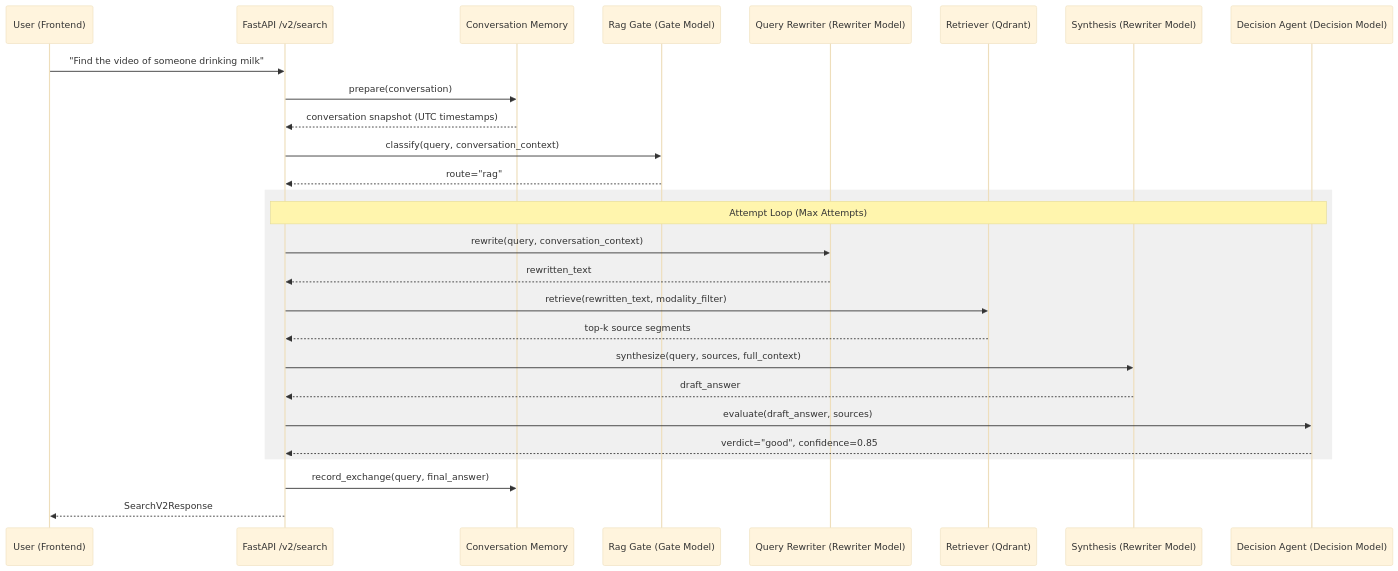
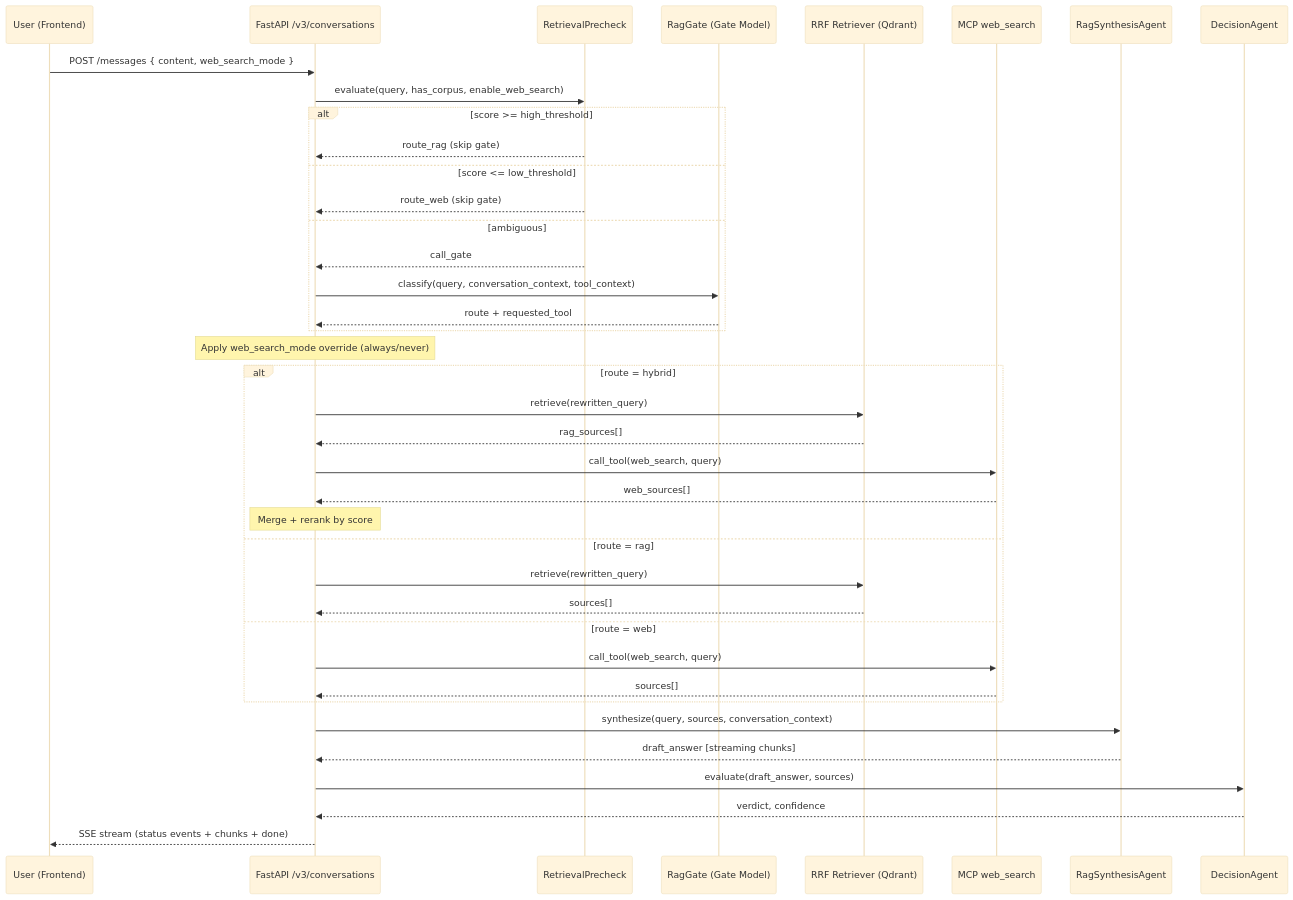
The sixth of 6 diagrams in docs/architecture/architecture.md (OmgItsAmmer/Scrutinize), drawn with Mermaid (base theme) before and after one commit. The commit also changed other lines of this file and 28 other files, not shown here.

Commit message:
fix: web search pipeline fixed

````diff
--- a/docs/architecture/architecture.md
+++ b/docs/architecture/architecture.md
@@ -230,32 +311,45 @@
 ```mermaid
 sequenceDiagram
     participant U as User (Frontend)
-    participant API as FastAPI /v2/search
-    participant MEM as Conversation Memory
-    participant G as Rag Gate (Gate Model)
-    participant RW as Query Rewriter (Rewriter Model)
-    participant R as Retriever (Qdrant)
-    participant S as Synthesis (Rewriter Model)
-    participant D as Decision Agent (Decision Model)
+    participant API as FastAPI /v3/conversations
+    participant PRE as RetrievalPrecheck
+    participant G as RagGate (Gate Model)
+    participant RAG as RRF Retriever (Qdrant)
+    participant WEB as MCP web_search
+    participant S as RagSynthesisAgent
+    participant D as DecisionAgent
 
-    U->>API: "Find the video of someone drinking milk"
-    API->>MEM: prepare(conversation)
-    MEM-->>API: conversation snapshot (UTC timestamps)
-    API->>G: classify(query, conversation_context)
-    G-->>API: route="rag"
+    U->>API: POST /messages { content, web_search_mode }
+    API->>PRE: evaluate(query, has_corpus, enable_web_search)
+    alt score >= high_threshold
+        PRE-->>API: route_rag (skip gate)
+    else score <= low_threshold
+        PRE-->>API: route_web (skip gate)
+    else ambiguous
+        PRE-->>API: call_gate
+        API->>G: classify(query, conversation_context, tool_context)
+        G-->>API: route + requested_tool
+    end
+    Note over API: Apply web_search_mode override (always/never)
     
-    rect rgb(240, 240, 240)
-        Note over API, D: Attempt Loop (Max Attempts)
-        API->>RW: rewrite(query, conversation_context)
-        RW-->>API: rewritten_text
-        API->>R: retrieve(rewritten_text, modality_filter)
-        R-->>API: top-k source segments
-        API->>S: synthesize(query, sources, full_context)
-        S-->>API: draft_answer
-        API->>D: evaluate(draft_answer, sources)
-        D-->>API: verdict="good", confidence=0.85
+    alt route = hybrid
+        API->>RAG: retrieve(rewritten_query)
+        RAG-->>API: rag_sources[]
+        API->>WEB: call_tool(web_search, query)
+        WEB-->>API: web_sources[]
+        Note over API: Merge + rerank by score
+    else route = rag
+        API->>RAG: retrieve(rewritten_query)
+        RAG-->>API: sources[]
+    else route = web
+        API->>WEB: call_tool(web_search, query)
+        WEB-->>API: sources[]
     end
 
-    API->>MEM: record_exchange(query, final_answer)
-    API-->>U: SearchV2Response
+    API->>S: synthesize(query, sources, conversation_context)
+    S-->>API: draft_answer [streaming chunks]
+    API->>D: evaluate(draft_answer, sources)
+    D-->>API: verdict, confidence
+
+    API-->>U: SSE stream (status events + chunks + done)
 ```
````
